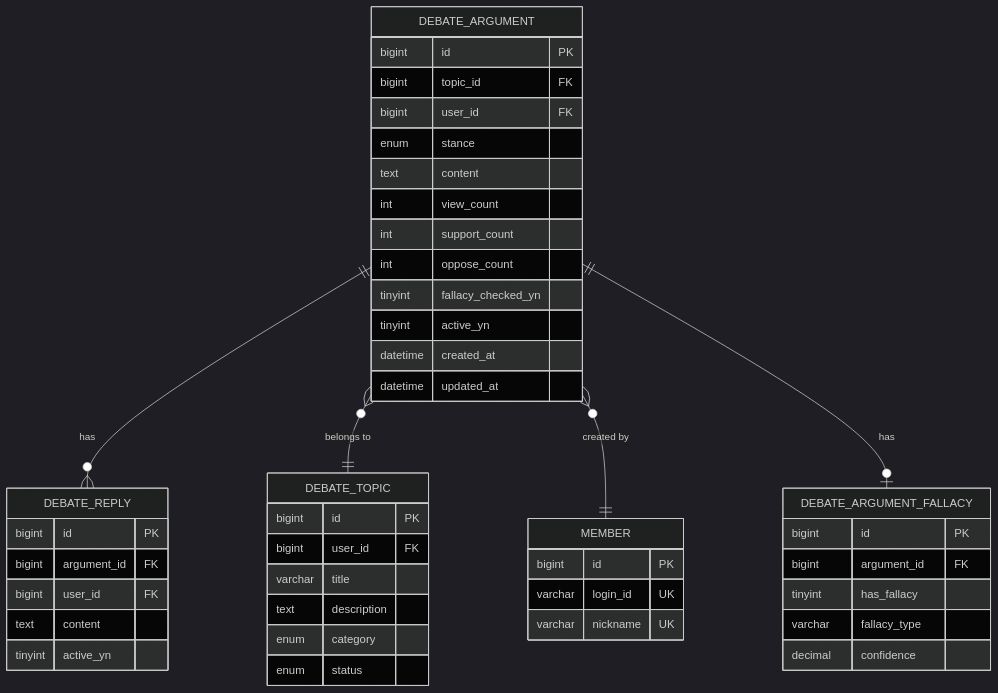
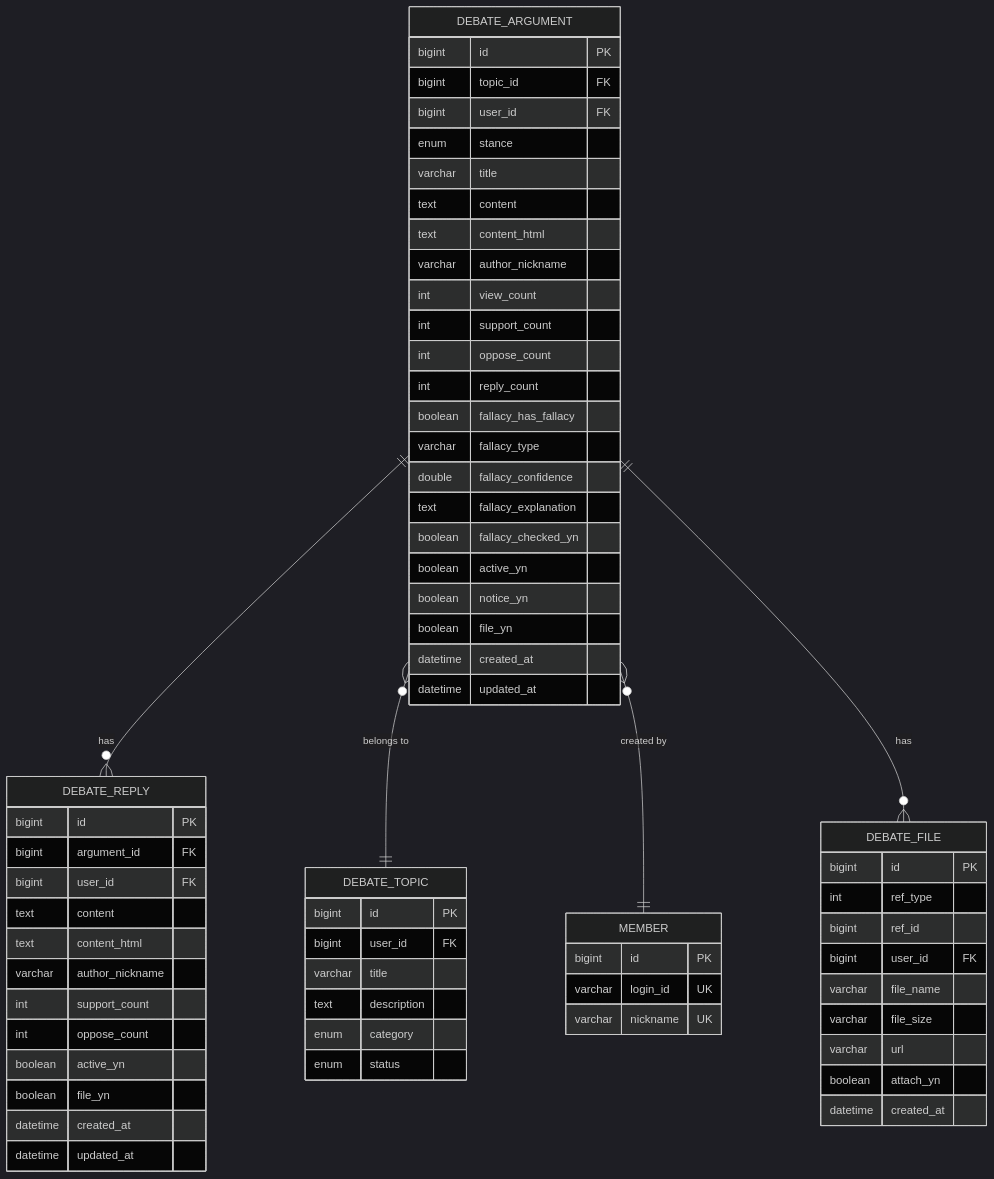
Before and after one commit to RKS-t/JungleBook: the diagram in doc/debate/DebateArgumentController/createArgument-database-erd.md, drawn with Mermaid (dark theme). The commit also changed other lines of this file and 3 other files, not shown here.

First line of the commit message:
fix: update Mermaid charts for createArgument API according to validation guidelines

````diff
--- a/doc/debate/DebateArgumentController/createArgument-database-erd.md
+++ b/doc/debate/DebateArgumentController/createArgument-database-erd.md
@@ -3,53 +3,74 @@
 ```mermaid
 erDiagram
     DEBATE_ARGUMENT ||--o{ DEBATE_REPLY : "has"
     DEBATE_ARGUMENT }o--|| DEBATE_TOPIC : "belongs to"
     DEBATE_ARGUMENT }o--|| MEMBER : "created by"
-    DEBATE_ARGUMENT ||--o| DEBATE_ARGUMENT_FALLACY : "has"
+    DEBATE_ARGUMENT ||--o{ DEBATE_FILE : "has"
     
     DEBATE_ARGUMENT {
         bigint id PK
         bigint topic_id FK
         bigint user_id FK
         enum stance
+        varchar title
         text content
+        text content_html
+        varchar author_nickname
         int view_count
         int support_count
         int oppose_count
-        tinyint fallacy_checked_yn
-        tinyint active_yn
+        int reply_count
+        boolean fallacy_has_fallacy
+        varchar fallacy_type
+        double fallacy_confidence
+        text fallacy_explanation
+        boolean fallacy_checked_yn
+        boolean active_yn
+        boolean notice_yn
+        boolean file_yn
         datetime created_at
         datetime updated_at
     }
     
     DEBATE_TOPIC {
         bigint id PK
         bigint user_id FK
         varchar title
         text description
         enum category
         enum status
     }
     
     MEMBER {
         bigint id PK
         varchar login_id UK
         varchar nickname UK
     }
     
     DEBATE_REPLY {
         bigint id PK
         bigint argument_id FK
         bigint user_id FK
         text content
-        tinyint active_yn
+        text content_html
+        varchar author_nickname
+        int support_count
+        int oppose_count
+        boolean active_yn
+        boolean file_yn
+        datetime created_at
+        datetime updated_at
     }
     
-    DEBATE_ARGUMENT_FALLACY {
+    DEBATE_FILE {
         bigint id PK
-        bigint argument_id FK
-        tinyint has_fallacy
-        varchar fallacy_type
-        decimal confidence
+        int ref_type
+        bigint ref_id
+        bigint user_id FK
+        varchar file_name
+        varchar file_size
+        varchar url
+        boolean attach_yn
+        datetime created_at
     }
 ```
````
